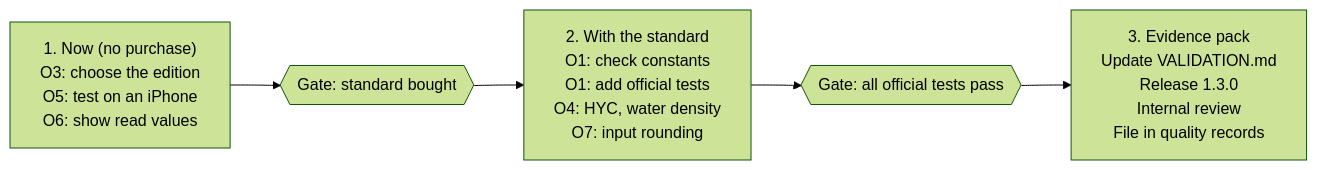
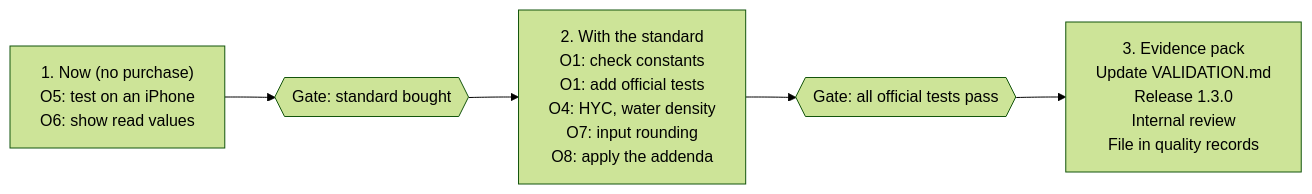
Before and after one commit to TheMonkeyz/avjet-fuel-conversion-tool: the diagram in docs/PROPOSAL-open-items.md, drawn with Mermaid (forest theme). The commit also changed other lines of this file and 13 other files, not shown here.

````diff
--- a/docs/PROPOSAL-open-items.md
+++ b/docs/PROPOSAL-open-items.md
@@ -53,9 +55,9 @@
 ```mermaid
 flowchart LR
-    P1["1. Now (no purchase)<br/>O3: choose the edition<br/>O5: test on an iPhone<br/>O6: show read values"]
+    P1["1. Now (no purchase)<br/>O5: test on an iPhone<br/>O6: show read values"]
     G1{{"Gate: standard bought"}}
-    P2["2. With the standard<br/>O1: check constants<br/>O1: add official tests<br/>O4: HYC, water density<br/>O7: input rounding"]
+    P2["2. With the standard<br/>O1: check constants<br/>O1: add official tests<br/>O4: HYC, water density<br/>O7: input rounding<br/>O8: apply the addenda"]
     G2{{"Gate: all official tests pass"}}
     P3["3. Evidence pack<br/>Update VALIDATION.md<br/>Release 1.3.0<br/>Internal review<br/>File in quality records"]
     P1 --> G1 --> P2 --> G2 --> P3
 ```
````
